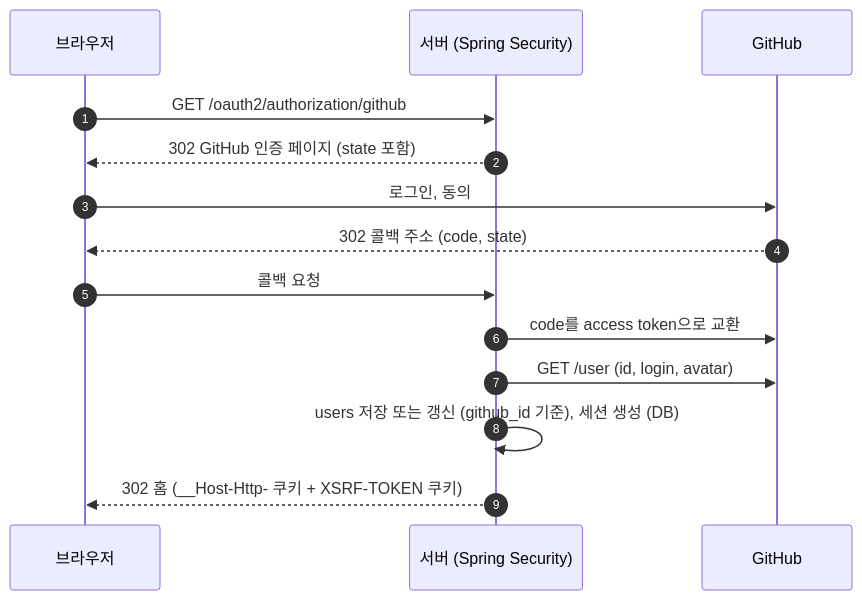
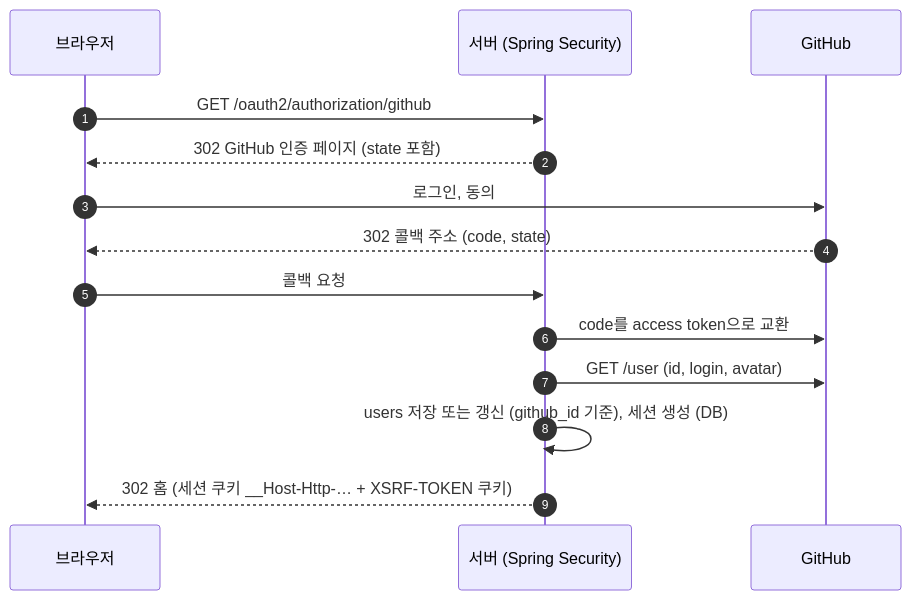
Before and after one commit to Duskafka/codingtest-harness: the diagram in docs/spec/api.md, drawn with Mermaid. The commit also changed other lines of this file and 9 other files, not shown here.

````diff
--- a/docs/spec/api.md
+++ b/docs/spec/api.md
@@ -63,16 +64,16 @@
 ```mermaid
 sequenceDiagram
     autonumber
     participant B as 브라우저
     participant S as 서버 (Spring Security)
     participant G as GitHub
     B ->> S: GET /oauth2/authorization/github
     S -->> B: 302 GitHub 인증 페이지 (state 포함)
     B ->> G: 로그인, 동의
     G -->> B: 302 콜백 주소 (code, state)
     B ->> S: 콜백 요청
     S ->> G: code를 access token으로 교환
     S ->> G: GET /user (id, login, avatar)
     S ->> S: users 저장 또는 갱신 (github_id 기준), 세션 생성 (DB)
-    S -->> B: 302 홈 (__Host-Http- 쿠키 + XSRF-TOKEN 쿠키)
+    S -->> B: 302 홈 (세션 쿠키 __Host-Http-… + XSRF-TOKEN 쿠키)
 ```
````
